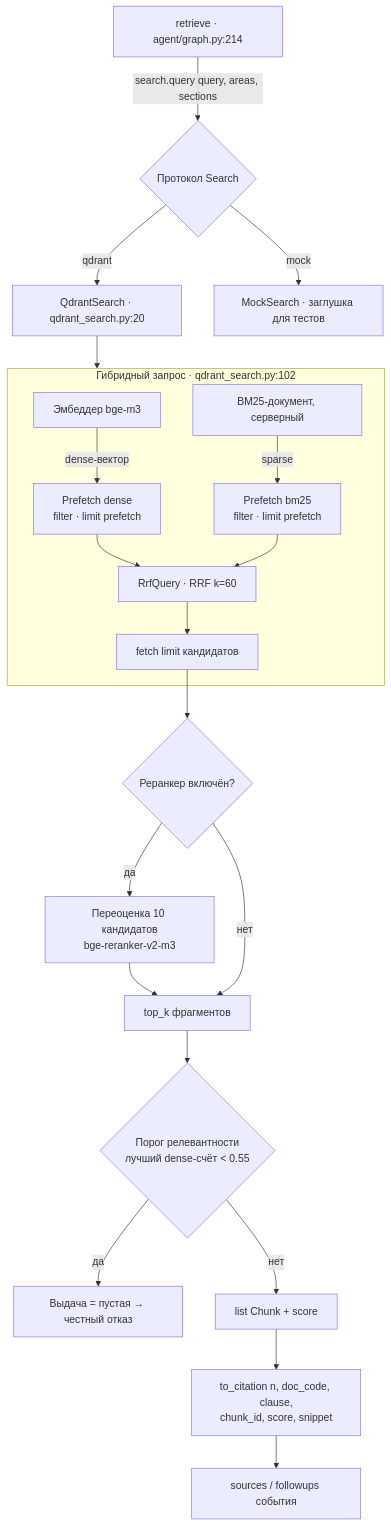
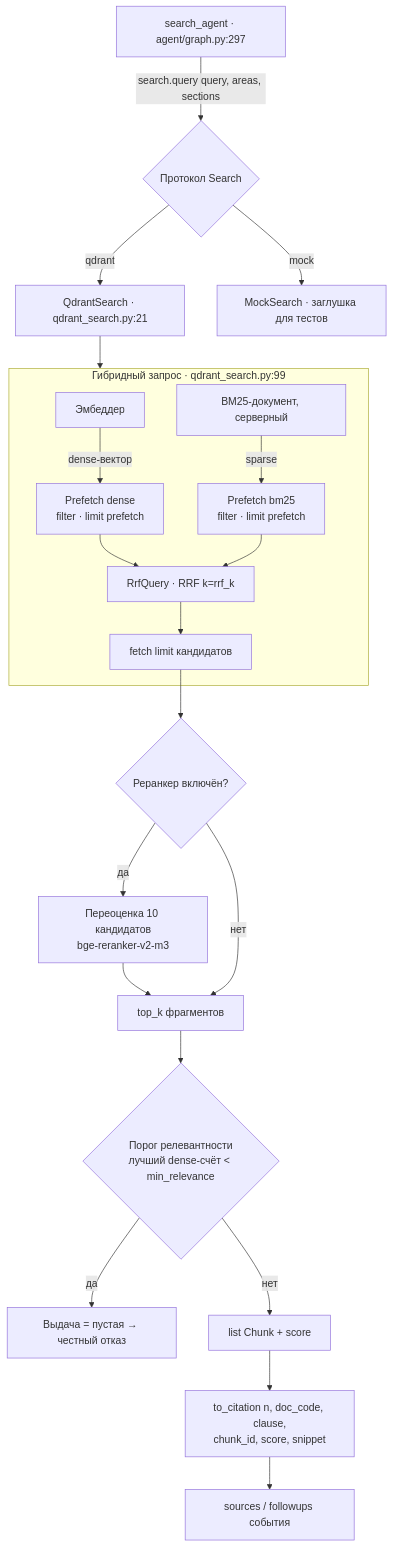
One commit to coder-smookki/GSP-Project-AIst changed the third of 7 diagrams in docs/ARCHITECTURE.md. Above: the diagram before and after it, drawn with Mermaid. The commit also changed other lines of this file and 10 other files, not shown here.

````diff
--- a/docs/ARCHITECTURE.md
+++ b/docs/ARCHITECTURE.md
@@ -143,28 +145,28 @@
 ```mermaid
 flowchart TB
-    RV[retrieve · agent/graph.py:214]
-    RV -->|search.query query, areas, sections| P{Протокол Search}
+    SA[search_agent · agent/graph.py:297]
+    SA -->|search.query query, areas, sections| P{Протокол Search}
 
-    P -->|qdrant| QS[QdrantSearch · qdrant_search.py:20]
+    P -->|qdrant| QS[QdrantSearch · qdrant_search.py:21]
     P -->|mock| MS[MockSearch · заглушка для тестов]
 
-    subgraph Hybrid [Гибридный запрос · qdrant_search.py:102]
-        E[Эмбеддер bge-m3] -->|dense-вектор| P1[Prefetch dense<br/>filter · limit prefetch]
+    subgraph Hybrid [Гибридный запрос · qdrant_search.py:99]
+        E[Эмбеддер] -->|dense-вектор| P1[Prefetch dense<br/>filter · limit prefetch]
         BM[BM25-документ, серверный] -->|sparse| P2[Prefetch bm25<br/>filter · limit prefetch]
-        P1 --> RRF[RrfQuery · RRF k=60]
+        P1 --> RRF[RrfQuery · RRF k=rrf_k]
         P2 --> RRF --> TOP[fetch limit кандидатов]
     end
 
     QS --> Hybrid
 
     TOP --> RR{Реранкер включён?}
     RR -- да --> RK[Переоценка 10 кандидатов<br/>bge-reranker-v2-m3]
     RK --> K[top_k фрагментов]
     RR -- нет --> K
 
-    K --> TH{Порог релевантности<br/>лучший dense-счёт < 0.55}
+    K --> TH{Порог релевантности<br/>лучший dense-счёт < min_relevance}
     TH -- да --> EMPTY[Выдача = пустая → честный отказ]
     TH -- нет --> HITS[list Chunk + score]
     HITS --> CIT[to_citation n, doc_code, clause,<br/>chunk_id, score, snippet]
     CIT --> EV[sources / followups события]
 ```
````
